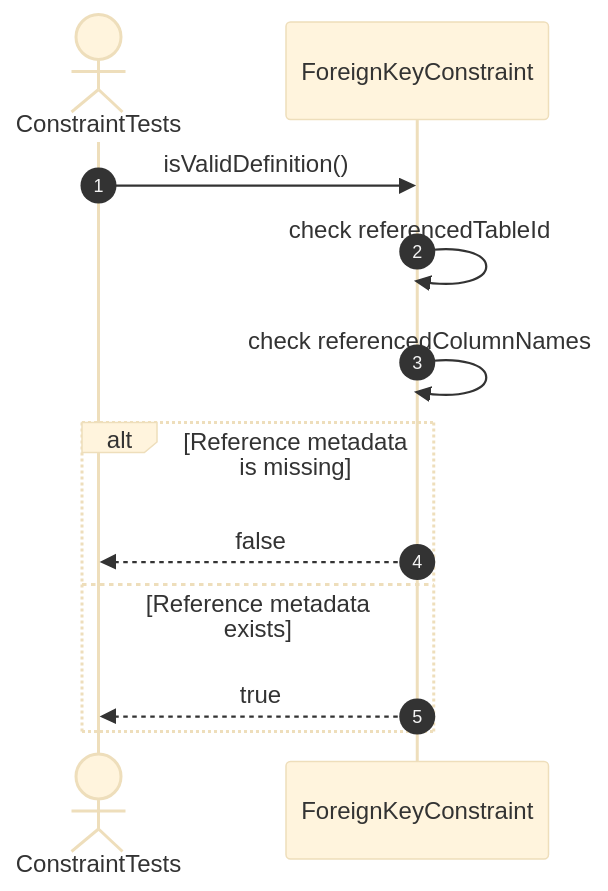
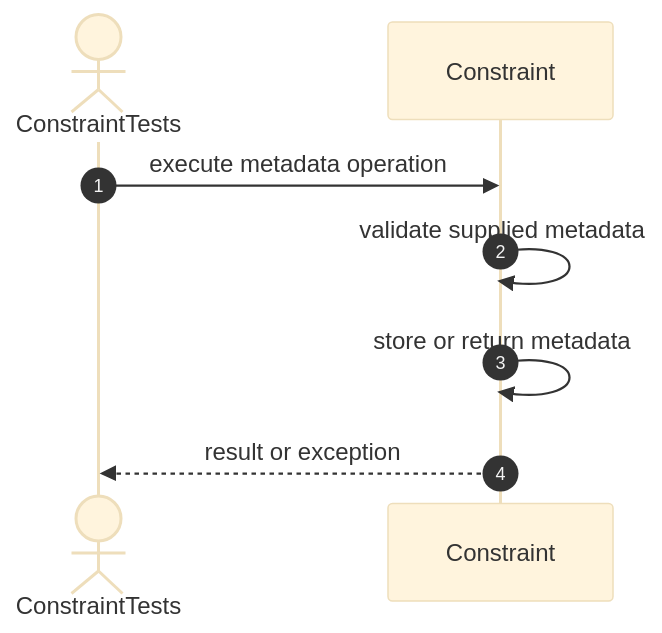
Diagram 17 of 54 in src/tests/unit/metadata/sequences/constraint-testing.se.md (FhuAnn/-bbv-AN-s-DBMS), drawn with Mermaid (base theme) before and after one commit. The commit also changed other lines of this file and 9 other files, not shown here.

Commit message:
table and row run test successfully, remaining constraint object

````diff
--- a/src/tests/unit/metadata/sequences/constraint-testing.se.md
+++ b/src/tests/unit/metadata/sequences/constraint-testing.se.md
@@ -261,16 +254,11 @@
 ```mermaid
 sequenceDiagram
     autonumber
     actor Test as ConstraintTests
-    participant FK as ForeignKeyConstraint
+    participant Constraint as Constraint
 
-    Test->>FK: isValidDefinition()
-    FK->>FK: check referencedTableId
-    FK->>FK: check referencedColumnNames
-
-    alt Reference metadata is missing
-        FK-->>Test: false
-    else Reference metadata exists
-        FK-->>Test: true
-    end
+    Test->>Constraint: execute metadata operation
+    Constraint->>Constraint: validate supplied metadata
+    Constraint->>Constraint: store or return metadata
+    Constraint-->>Test: result or exception
 ```
````
